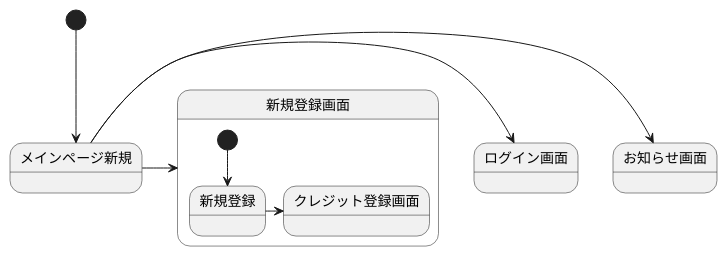
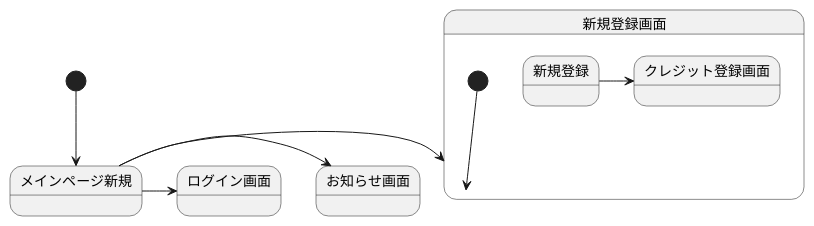
One commit to Aso2001147/2021SystemDesign changed the diagram in 画面遷移図.md. Above: the diagram before and after it, drawn with PlantUML.

````diff
--- a/画面遷移図.md
+++ b/画面遷移図.md
@@ -1,16 +1,16 @@
 ```uml
 @startuml
 [*] --> メインページ新規
 メインページ新規 -> お知らせ画面
 メインページ新規 -> ログイン画面
 メインページ新規 -> 新規登録画面
 
 state 新規登録画面{
-[*] --> 新規登録
+[*] --> 新規登録画面
 新規登録 -> クレジット登録画面
 }
 
 
 
 @enduml
 ```
````
